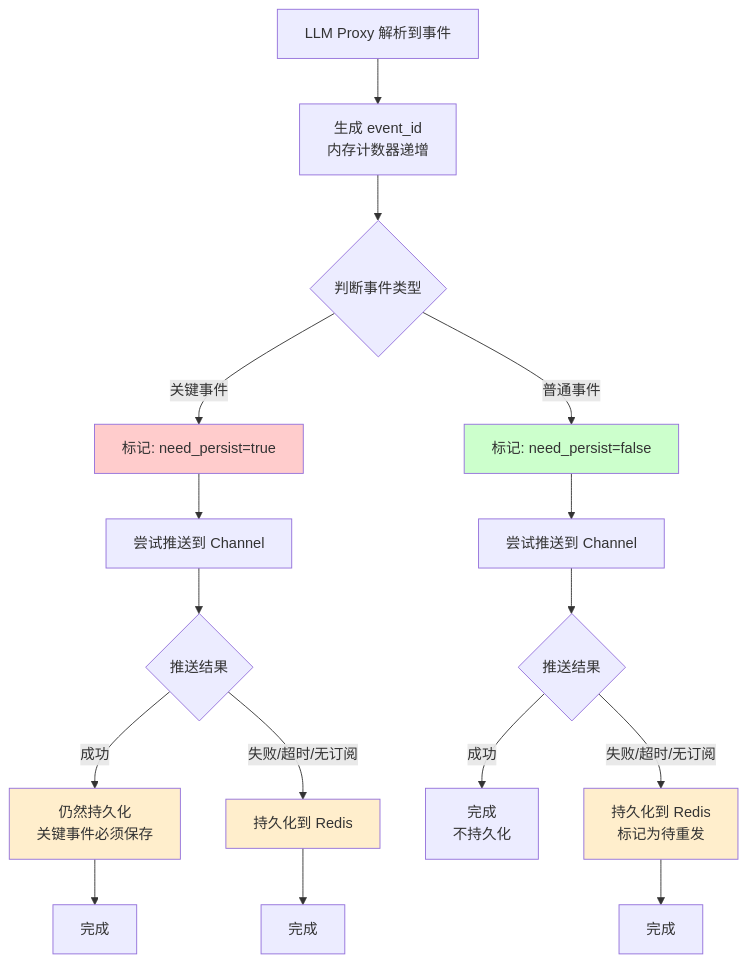
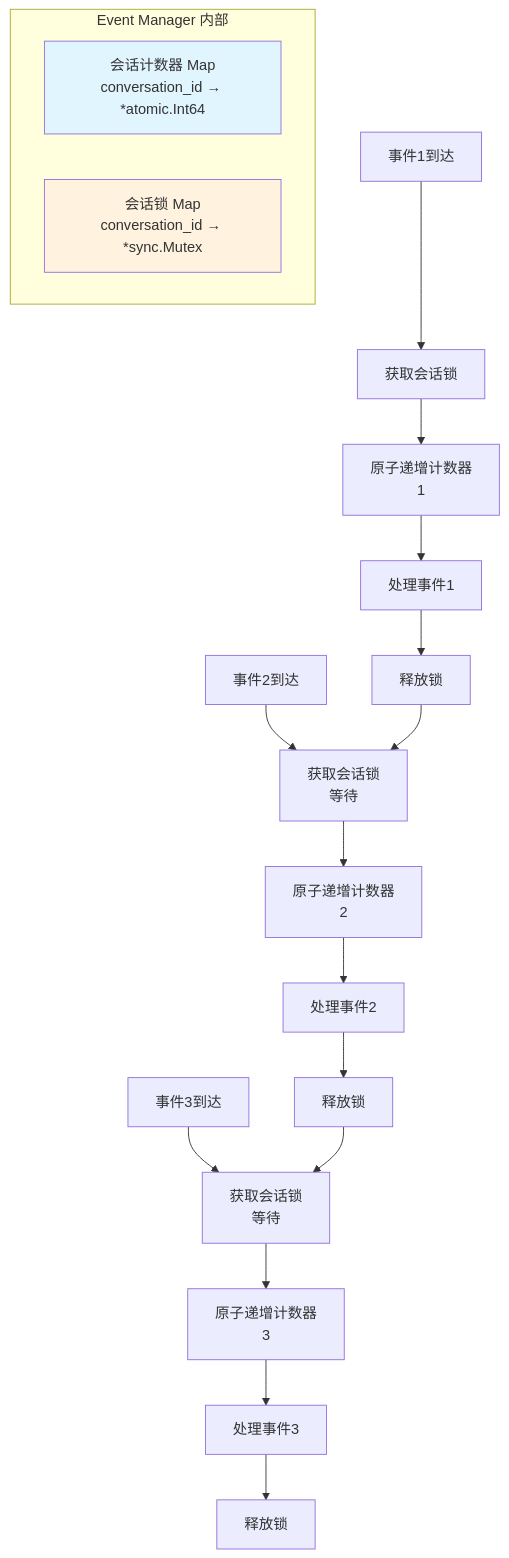
The diagram in all/未命名-10.md (yingjianzh/iodraw-files), drawn with Mermaid before and after one commit.

Commit message:
2025-12-23 18:29:35 update

````diff
--- a/all/未命名-10.md
+++ b/all/未命名-10.md
@@ -1,33 +1,31 @@
 ```mermaid
 graph TB
-    Start[LLM Proxy 解析到事件]
+    subgraph "Event Manager 内部"
+        Counter[会话计数器 Map<br/>conversation_id → *atomic.Int64]
+        Lock[会话锁 Map<br/>conversation_id → *sync.Mutex]
+    end
     
-    Start --> Generate[生成 event_id<br/>内存计数器递增]
+    Event1[事件1到达]
+    Event2[事件2到达]
+    Event3[事件3到达]
     
-    Generate --> Judge{判断事件类型}
+    Event1 --> GetLock1[获取会话锁]
+    GetLock1 --> Inc1[原子递增计数器<br/>1]
+    Inc1 --> Process1[处理事件1]
+    Process1 --> Release1[释放锁]
     
-    Judge -->|关键事件| Critical[标记: need_persist=true]
-    Judge -->|普通事件| Normal[标记: need_persist=false]
+    Event2 --> GetLock2[获取会话锁<br/>等待]
+    Release1 --> GetLock2
+    GetLock2 --> Inc2[原子递增计数器<br/>2]
+    Inc2 --> Process2[处理事件2]
+    Process2 --> Release2[释放锁]
     
-    Critical --> TryPush1[尝试推送到 Channel]
-    Normal --> TryPush2[尝试推送到 Channel]
+    Event3 --> GetLock3[获取会话锁<br/>等待]
+    Release2 --> GetLock3
+    GetLock3 --> Inc3[原子递增计数器<br/>3]
+    Inc3 --> Process3[处理事件3]
+    Process3 --> Release3[释放锁]
     
-    TryPush1 --> PushResult1{推送结果}
-    TryPush2 --> PushResult2{推送结果}
-    
-    PushResult1 -->|成功| Persist1[仍然持久化<br/>关键事件必须保存]
-    PushResult1 -->|失败/超时/无订阅| Persist2[持久化到 Redis]
-    
-    PushResult2 -->|成功| Done1[完成<br/>不持久化]
-    PushResult2 -->|失败/超时/无订阅| Persist3[持久化到 Redis<br/>标记为待重发]
-    
-    Persist1 --> Done2[完成]
-    Persist2 --> Done3[完成]
-    Persist3 --> Done4[完成]
-    
-    style Critical fill:#ffcccc
-    style Normal fill:#ccffcc
-    style Persist1 fill:#ffeecc
-    style Persist2 fill:#ffeecc
-    style Persist3 fill:#ffeecc
+    style Counter fill:#e1f5ff
+    style Lock fill:#fff3e0
 ```
````
